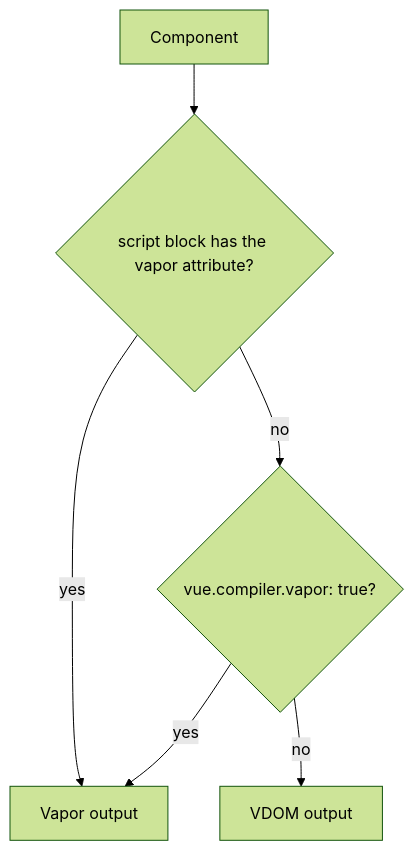
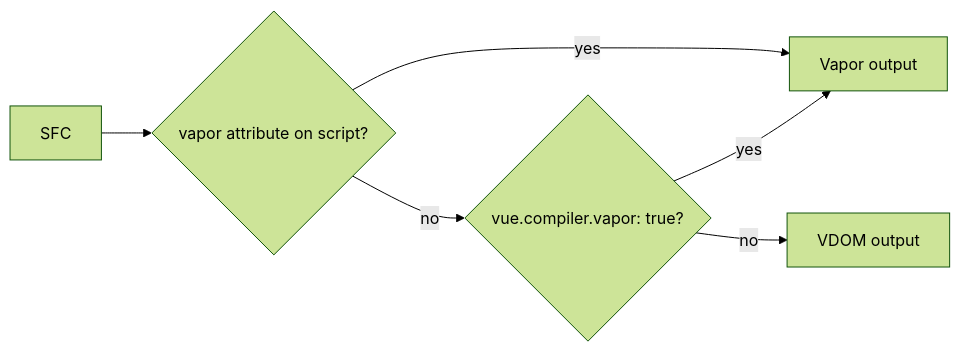
One commit to ubugeeei-prod/vize changed the diagram in docs/content/guide/vapor.md. Above: the diagram before and after it, drawn with Mermaid (forest theme). The commit also changed 1 other file, not shown here.

Commit message:
docs(vapor): lay the Vapor decision diagram out horizontally

````diff
--- a/docs/content/guide/vapor.md
+++ b/docs/content/guide/vapor.md
@@ -18,8 +18,8 @@
 ```mermaid
-flowchart TD
-  A["Component"] --> B{"script block has the vapor attribute?"}
+flowchart LR
+  A["SFC"] --> B{"vapor attribute on script?"}
   B -- yes --> V["Vapor output"]
   B -- no --> C{"vue.compiler.vapor: true?"}
   C -- yes --> V
   C -- no --> D["VDOM output"]
 ```
````
